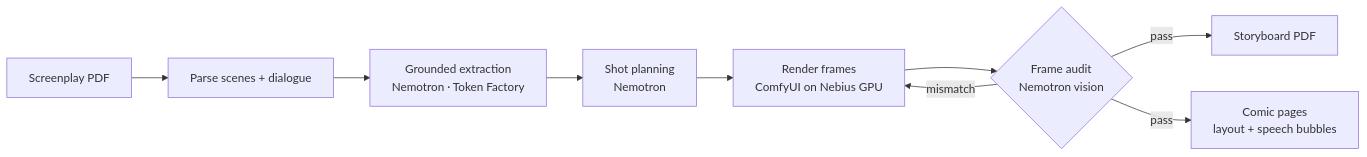
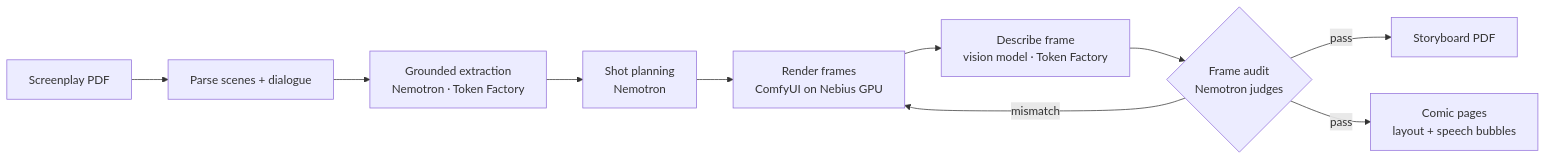
One commit to Katlego-tech/Panelwise changed the diagram in README.md. Above: the diagram before and after it, drawn with Mermaid. The commit also changed other lines of this file and 16 other files, not shown here.

````diff
--- a/README.md
+++ b/README.md
@@ -18,11 +19,12 @@
 ```mermaid
 flowchart LR
   PDF[Screenplay PDF] --> P[Parse scenes + dialogue]
   P --> G[Grounded extraction<br/>Nemotron · Token Factory]
   G --> S[Shot planning<br/>Nemotron]
   S --> R[Render frames<br/>ComfyUI on Nebius GPU]
-  R --> V{Frame audit<br/>Nemotron vision}
+  R --> D[Describe frame<br/>vision model · Token Factory]
+  D --> V{Frame audit<br/>Nemotron judges}
   V -- mismatch --> R
   V -- pass --> B[Storyboard PDF]
   V -- pass --> C[Comic pages<br/>layout + speech bubbles]
 ```
````
